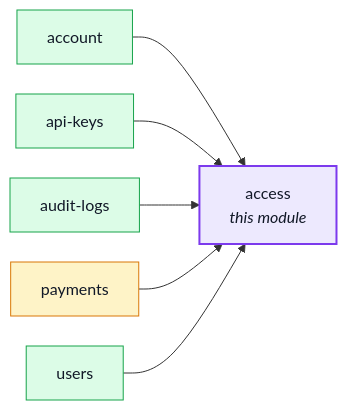
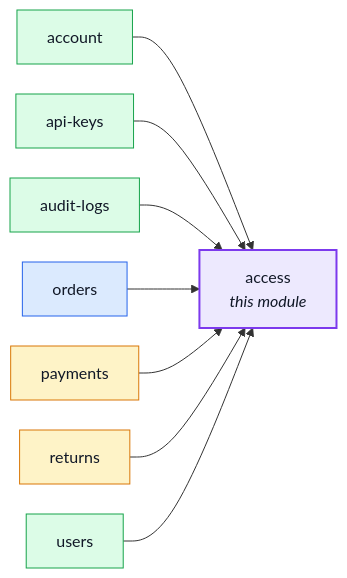
One commit to Guebbit/boilerplate-node-backend changed the first of 2 diagrams in docs/modules/access.md. Above: the diagram before and after it, drawn with Mermaid. The commit also changed 11 other files, not shown here.

````diff
--- a/docs/modules/access.md
+++ b/docs/modules/access.md
@@ -19,24 +19,29 @@
 ```mermaid
 %%{init: {'flowchart': {'nodeSpacing': 30, 'rankSpacing': 60}}}%%
 flowchart LR
     access["access<br/><i>this module</i>"]
     account["account"]
     api_keys["api-keys"]
     audit_logs["audit-logs"]
+    orders["orders"]
     payments["payments"]
+    returns["returns"]
     users["users"]
 
     account --> access
     api_keys --> access
     audit_logs --> access
+    orders --> access
     payments --> access
+    returns --> access
     users --> access
 
     classDef core fill:#dbeafe,stroke:#2563eb,color:#111827;
     classDef supporting fill:#fef3c7,stroke:#d97706,color:#111827;
     classDef generic fill:#dcfce7,stroke:#16a34a,color:#111827;
     classDef centre fill:#ede9fe,stroke:#7c3aed,stroke-width:2px,color:#111827;
-    class payments supporting;
+    class orders core;
+    class payments,returns supporting;
     class account,api_keys,audit_logs,users generic;
     class access centre;
 ```
````
